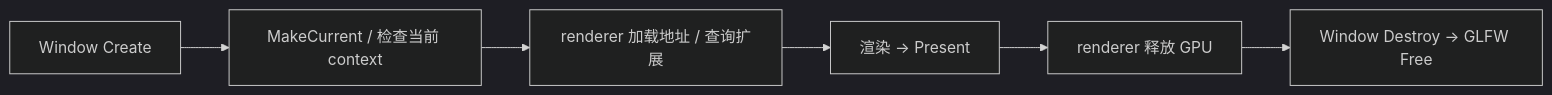
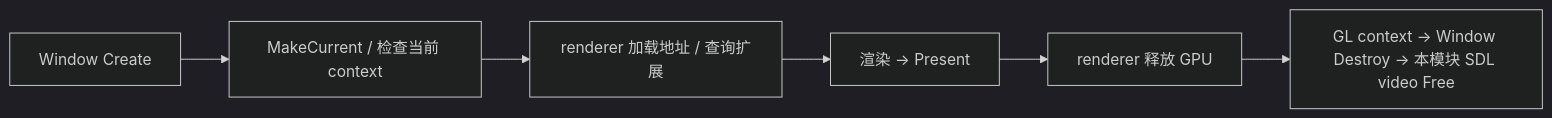
Before and after one commit to AmoLim/SymoCraft: the diagram in docs/project/architecture/platform/Platform-namespace-API.md, drawn with Mermaid (dark theme). The commit also changed other lines of this file and 169 other files, not shown here.

````diff
--- a/docs/project/architecture/platform/Platform-namespace-API.md
+++ b/docs/project/architecture/platform/Platform-namespace-API.md
@@ -44,8 +60,8 @@
 ```mermaid
 flowchart LR
     A[Window Create] --> B[MakeCurrent / 检查当前 context]
     B --> C[renderer 加载地址 / 查询扩展]
     C --> D[渲染 → Present]
     D --> E[renderer 释放 GPU]
-    E --> F[Window Destroy → GLFW Free]
+    E --> F[GL context → Window Destroy → 本模块 SDL video Free]
 ```
````
